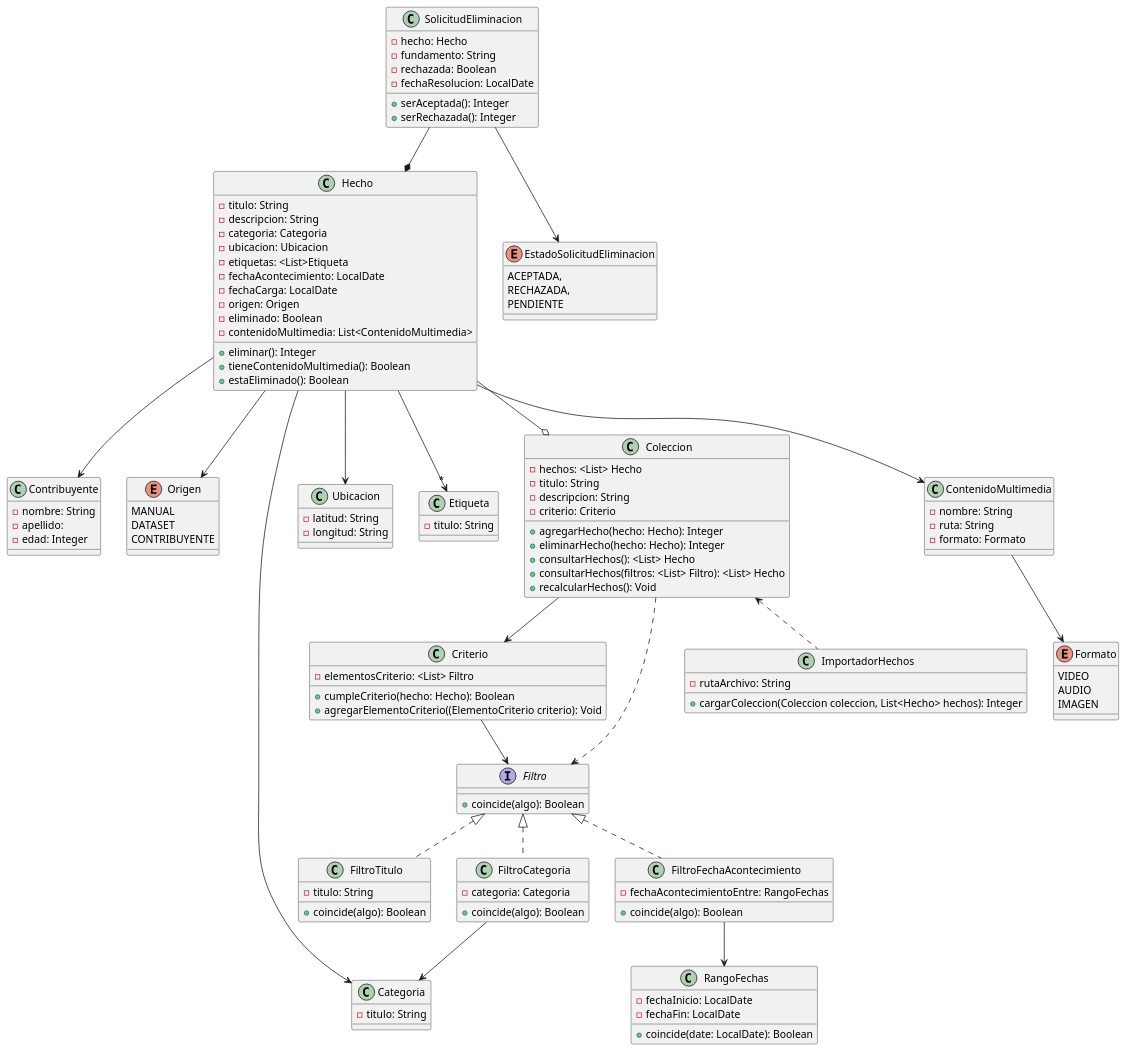
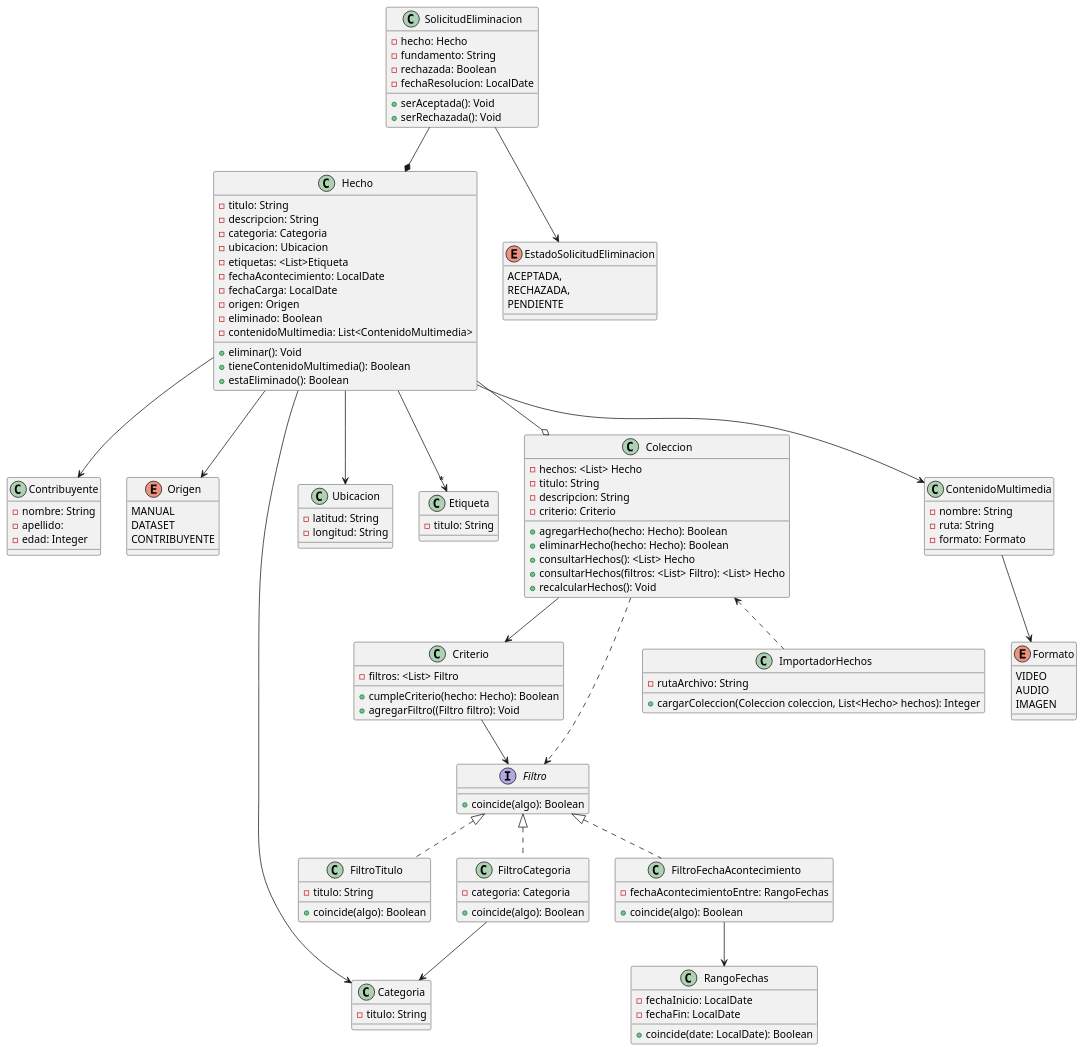
The diagram in DiagramaDeClases-1°Entrega.puml (BrunoRodriguezzz/tp-dsi), drawn with PlantUML before and after one commit. The commit also changed 16 other files, not shown here.

```diff
--- a/DiagramaDeClases-1°Entrega.puml
+++ b/DiagramaDeClases-1°Entrega.puml
@@ -1,155 +1,155 @@
     @startuml
 'Hecho
 Hecho --> Contribuyente
 Hecho --> Origen
 Hecho --> Categoria
 Hecho --> Ubicacion
 Hecho -->"*" Etiqueta
 Hecho --o Coleccion
 Hecho --> ContenidoMultimedia
 
 'Solicitudes de Eliminacion
 SolicitudEliminacion --* Hecho
 SolicitudEliminacion --> EstadoSolicitudEliminacion
 
 'Colecciones
 Coleccion --> Criterio
 Coleccion ..> Filtro
 
 'Importador de Hechos
 Coleccion <.. ImportadorHechos
 
 'Criterio
 Criterio --> Filtro
 
 'ElementoCriterio
 Filtro <|.. FiltroTitulo
 Filtro <|.. FiltroCategoria
 Filtro <|.. FiltroFechaAcontecimiento
 
 'Estrategias
 FiltroCategoria --> Categoria
 FiltroFechaAcontecimiento --> RangoFechas
 
 'Contenido Multimedia
 ContenidoMultimedia --> Formato
 
 class Contribuyente {
     -nombre: String
     -apellido:
     -edad: Integer
 }
 
 enum EstadoSolicitudEliminacion {
     ACEPTADA,
     RECHAZADA,
     PENDIENTE
 }
 
 class ContenidoMultimedia {
     -nombre: String
     -ruta: String
     -formato: Formato
 }
 
 enum Formato {
     VIDEO
     AUDIO
     IMAGEN
 }
 
 class Hecho {
     -titulo: String
     -descripcion: String
     -categoria: Categoria
     -ubicacion: Ubicacion
     -etiquetas: <List>Etiqueta
     -fechaAcontecimiento: LocalDate
     -fechaCarga: LocalDate
     -origen: Origen
     -eliminado: Boolean
     -contenidoMultimedia: List<ContenidoMultimedia>
-    +eliminar(): Integer
+    +eliminar(): Void
     +tieneContenidoMultimedia(): Boolean
     +estaEliminado(): Boolean
 }
 
 class ImportadorHechos {
     -rutaArchivo: String
     +cargarColeccion(Coleccion coleccion, List<Hecho> hechos): Integer
 }
 
 class Etiqueta {
     -titulo: String
 }
 
 enum Origen {
     MANUAL
     DATASET
     CONTRIBUYENTE
 }
 
 class Categoria {
     -titulo: String
 }
 
 class Ubicacion {
     -latitud: String
     -longitud: String
 }
 
 class SolicitudEliminacion {
     -hecho: Hecho
     -fundamento: String
     -rechazada: Boolean
     -fechaResolucion: LocalDate
-    +serAceptada(): Integer
-    +serRechazada(): Integer
+    +serAceptada(): Void
+    +serRechazada(): Void
 }
 
 class Coleccion {
     -hechos: <List> Hecho
     -titulo: String
     -descripcion: String
     -criterio: Criterio
-    +agregarHecho(hecho: Hecho): Integer
-    +eliminarHecho(hecho: Hecho): Integer
+    +agregarHecho(hecho: Hecho): Boolean
+    +eliminarHecho(hecho: Hecho): Boolean
     'Solo para representar overload
     +consultarHechos(): <List> Hecho
     +consultarHechos(filtros: <List> Filtro): <List> Hecho
     +recalcularHechos(): Void
 }
 
 class Criterio{
-    -elementosCriterio: <List> Filtro
+    -filtros: <List> Filtro
 
     +cumpleCriterio(hecho: Hecho): Boolean
-    +agregarElementoCriterio((ElementoCriterio criterio): Void
+    +agregarFiltro((Filtro filtro): Void
 }
 
 class RangoFechas {
     -fechaInicio: LocalDate
     -fechaFin: LocalDate
     +coincide(date: LocalDate): Boolean
 }
 
 interface Filtro{
     +coincide(algo): Boolean
 }
 
 class FiltroTitulo{
     -titulo: String
     +coincide(algo): Boolean
 }
 
 class FiltroFechaAcontecimiento{
     -fechaAcontecimientoEntre: RangoFechas
     +coincide(algo): Boolean
 }
 
 class FiltroCategoria{
     -categoria: Categoria
     +coincide(algo): Boolean
 }
 
 @enduml
```
